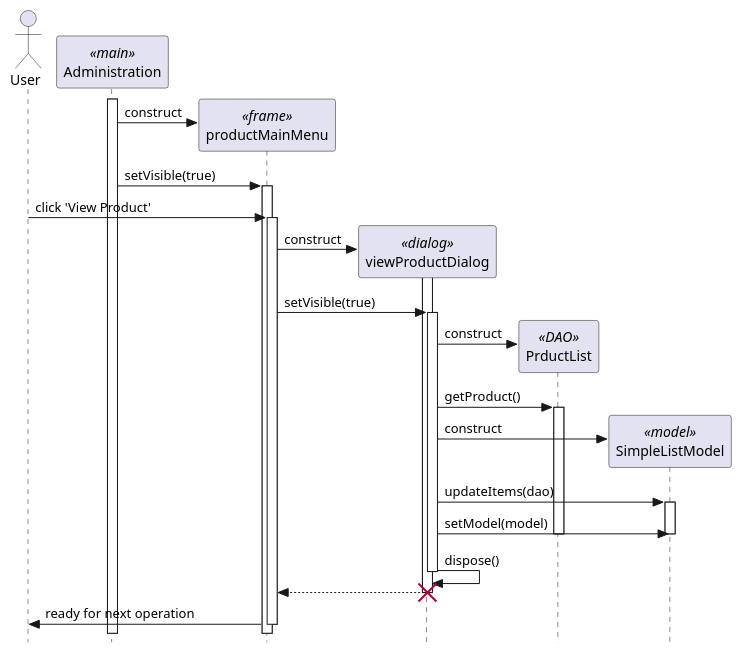
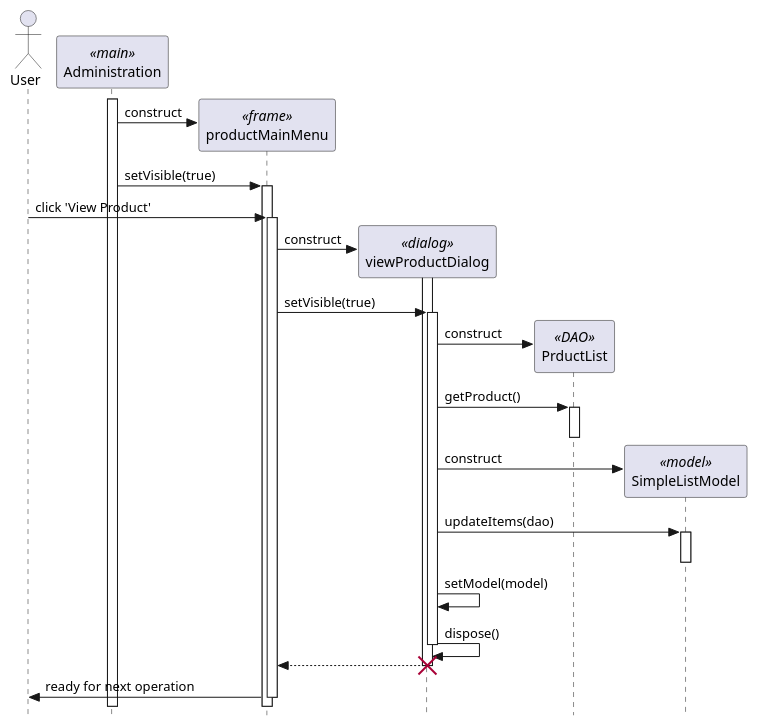
One commit to Kateli24/202 changed the diagram in sale/viewAllProduct.pu. Above: the diagram before and after it, drawn with PlantUML.

Commit message:
fixed vireProductDialog sequence diagram

```diff
--- a/sale/viewAllProduct.pu
+++ b/sale/viewAllProduct.pu
@@ -1,49 +1,50 @@
 @startuml
 ' use strict UML mode
 skinparam style strictuml
 
 actor "User" as user
 
 participant "Administration" as main <<main>>
 main++
 
 create "productMainMenu" as menu <<frame>>
 main -> menu : construct
 main -> menu++ : setVisible(true)
 
 user -> menu++ : click 'View Product'
 
 create "viewProductDialog" as editor <<dialog>>
 menu -> editor : construct
 
 'activate editor constructer
 editor++
 
 menu -> editor++ : setVisible(true)
 
 
 
 ' create a DAO
 create "PrductList" as dao <<DAO>>
 editor -> dao : construct
 editor -> dao++ : getProduct()
+dao--
 
 
 create "SimpleListModel" as model <<model>>
 editor -> model : construct
 
 editor -> model++ : updateItems(dao)
-editor -> model : setModel(model)
-dao--
 model--
+editor -> editor : setModel(model)
+
 
 ' dispose dialog
 editor -> editor-- : dispose()
 
 ' show control returning to the menu as the dialog closes
 return
 
 destroy editor
 
 menu –> user-- : ready for next operation
 @enduml
```
